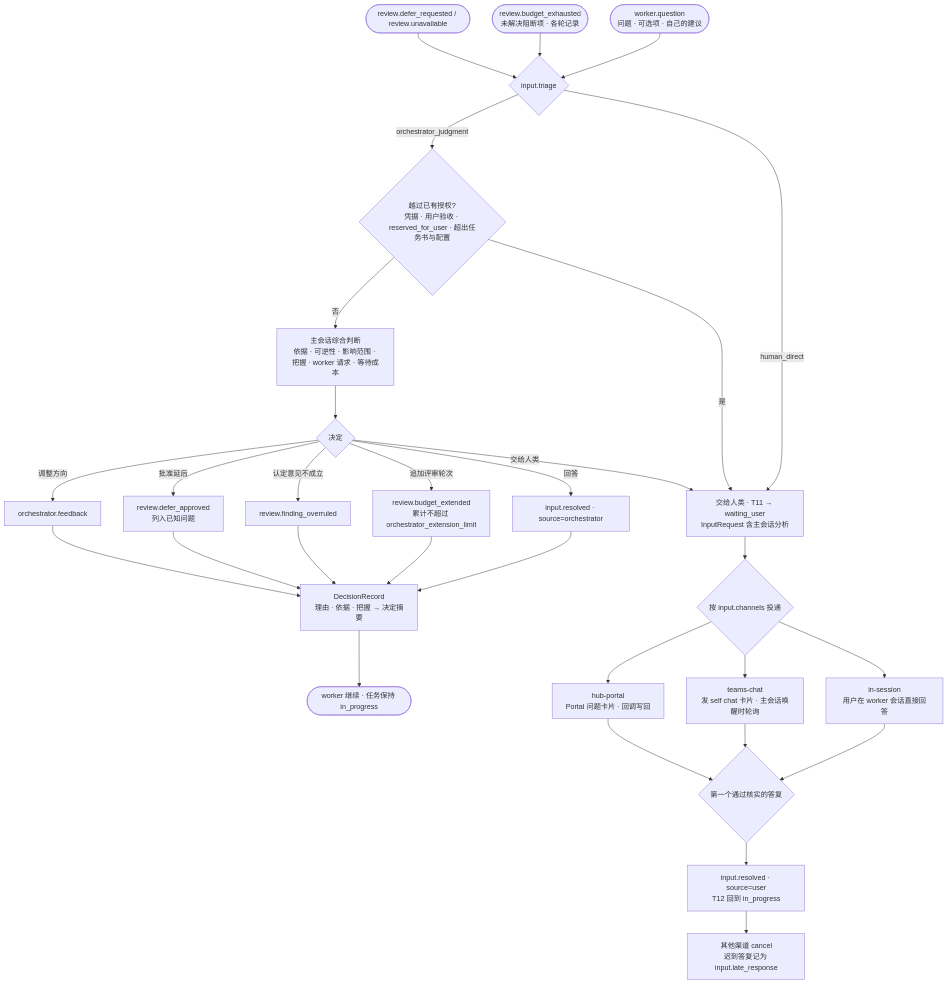
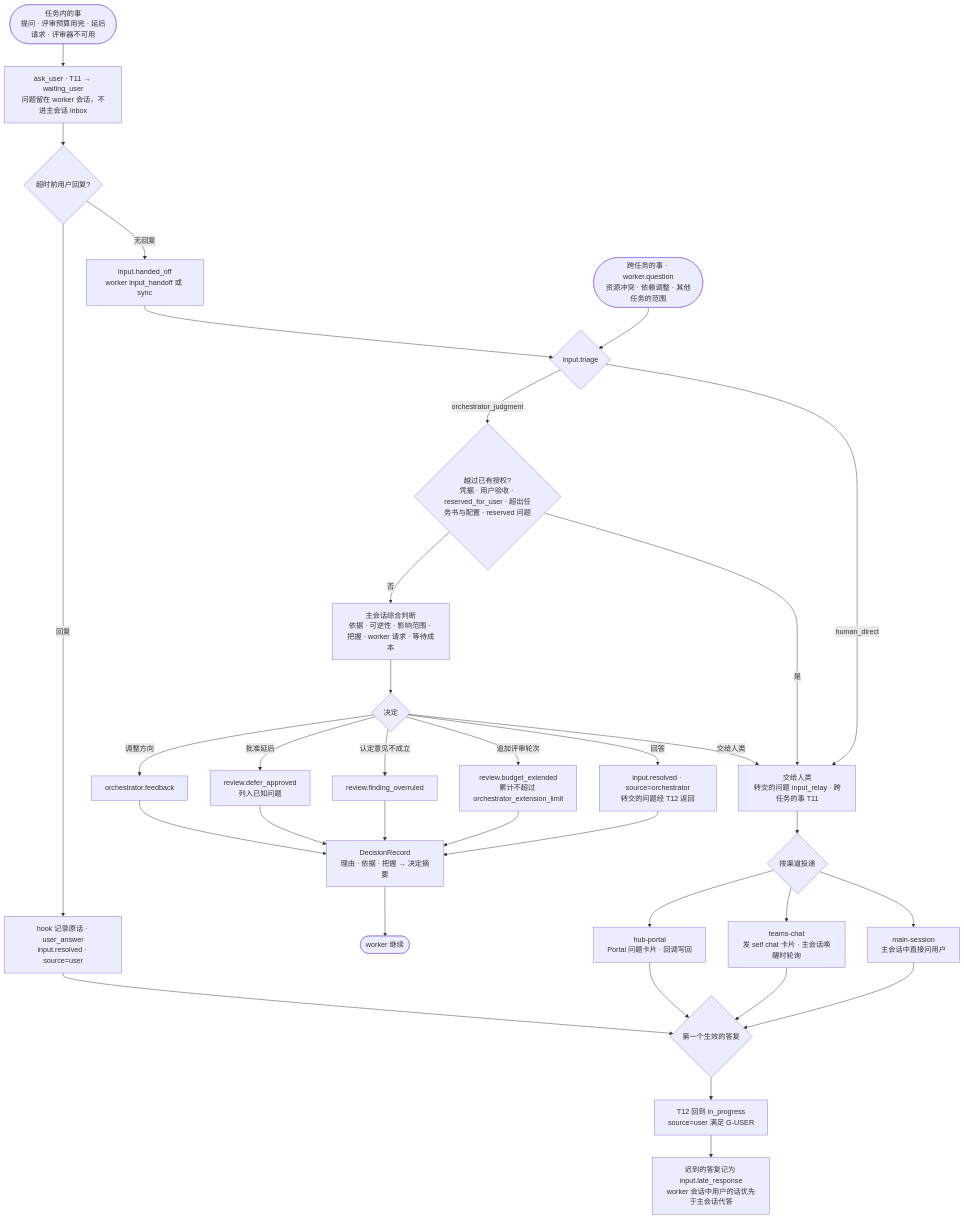
Before and after one commit to flyrobin620/task-steward: the diagram in docs/design/diagrams/input-routing.mmd, drawn with Mermaid. The commit also changed 28 other files, not shown here.

```diff
--- a/docs/design/diagrams/input-routing.mmd
+++ b/docs/design/diagrams/input-routing.mmd
@@ -1,31 +1,35 @@
 flowchart TD
-    Q1([worker.question<br/>问题 · 可选项 · 自己的建议]) --> J
-    Q2([review.budget_exhausted<br/>未解决阻断项 · 各轮记录]) --> J
-    Q3([review.defer_requested / review.unavailable]) --> J
+    Q1([任务内的事<br/>提问 · 评审预算用完 · 延后请求 · 评审器不可用]) --> ASK
+    Q2([跨任务的事 · worker.question<br/>资源冲突 · 依赖调整 · 其他任务的范围]) --> J
+    ASK[ask_user · T11 → waiting_user<br/>问题留在 worker 会话，不进主会话 inbox] --> U{超时前用户回复?}
+    U -- 回复 --> UA[hook 记录原话 · user_answer<br/>input.resolved · source=user]
+    U -- 无回复 --> HO[input.handed_off<br/>worker input_handoff 或 sync]
+    HO --> J
     J{input.triage}
     J -- human_direct --> ESC
-    J -- orchestrator_judgment --> A{越过已有授权?<br/>凭据 · 用户验收 · reserved_for_user · 超出任务书与配置}
+    J -- orchestrator_judgment --> A{越过已有授权?<br/>凭据 · 用户验收 · reserved_for_user · 超出任务书与配置 · reserved 问题}
     A -- 是 --> ESC
     A -- 否 --> F[主会话综合判断<br/>依据 · 可逆性 · 影响范围 · 把握 · worker 请求 · 等待成本]
     F --> D{决定}
-    D -- 回答 --> R1[input.resolved · source=orchestrator]
+    D -- 回答 --> R1[input.resolved · source=orchestrator<br/>转交的问题经 T12 返回]
     D -- 追加评审轮次 --> R2[review.budget_extended<br/>累计不超过 orchestrator_extension_limit]
     D -- 认定意见不成立 --> R3[review.finding_overruled]
     D -- 批准延后 --> R4[review.defer_approved<br/>列入已知问题]
     D -- 调整方向 --> R5[orchestrator.feedback]
     D -- 交给人类 --> ESC
     R1 --> DR[DecisionRecord<br/>理由 · 依据 · 把握 → 决定摘要]
     R2 --> DR
     R3 --> DR
     R4 --> DR
     R5 --> DR
-    DR --> W1([worker 继续 · 任务保持 in_progress])
-    ESC[交给人类 · T11 → waiting_user<br/>InputRequest 含主会话分析] --> CH{按 input.channels 投递}
-    CH --> S1[in-session<br/>用户在 worker 会话直接回答]
+    DR --> W1([worker 继续])
+    ESC[交给人类<br/>转交的问题 input_relay · 跨任务的事 T11] --> CH{按渠道投递}
+    CH --> S1[main-session<br/>主会话中直接问用户]
     CH --> S2[teams-chat<br/>发 self chat 卡片 · 主会话唤醒时轮询]
     CH --> S3[hub-portal<br/>Portal 问题卡片 · 回调写回]
-    S1 --> V{第一个通过核实的答复}
+    S1 --> V{第一个生效的答复}
     S2 --> V
     S3 --> V
-    V --> RR[input.resolved · source=user<br/>T12 回到 in_progress]
-    RR --> C[其他渠道 cancel<br/>迟到答复记为 input.late_response]
+    UA --> V
+    V --> RR[T12 回到 in_progress<br/>source=user 满足 G-USER]
+    RR --> C[迟到的答复记为 input.late_response<br/>worker 会话中用户的话优先于主会话代答]
```
